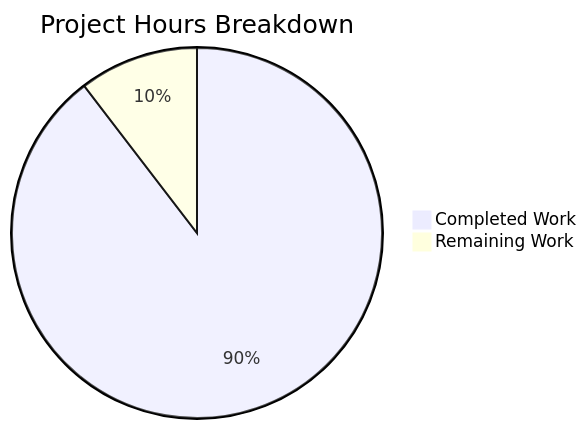
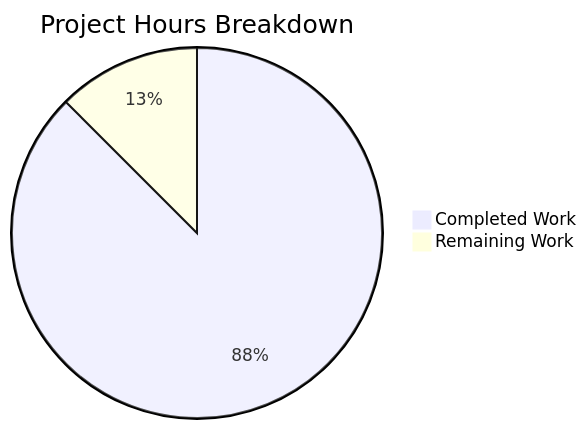
Before and after one commit to Blitzy-Sandbox/blitzy-SplendidCRM: the second of 2 diagrams in blitzy/documentation/Project Guide.md, drawn with Mermaid. The commit also changed other lines of this file, not shown here.

Commit message:
Adding Blitzy Project Guide: Project Status and Human Tasks Remaining

````diff
--- a/blitzy/documentation/Project Guide.md
+++ b/blitzy/documentation/Project Guide.md
@@ -221,5 +231,5 @@
 ```mermaid
 pie title Project Hours Breakdown
-    "Completed Work" : 172
-    "Remaining Work" : 20
+    "Completed Work" : 196
+    "Remaining Work" : 28
 ```
````
